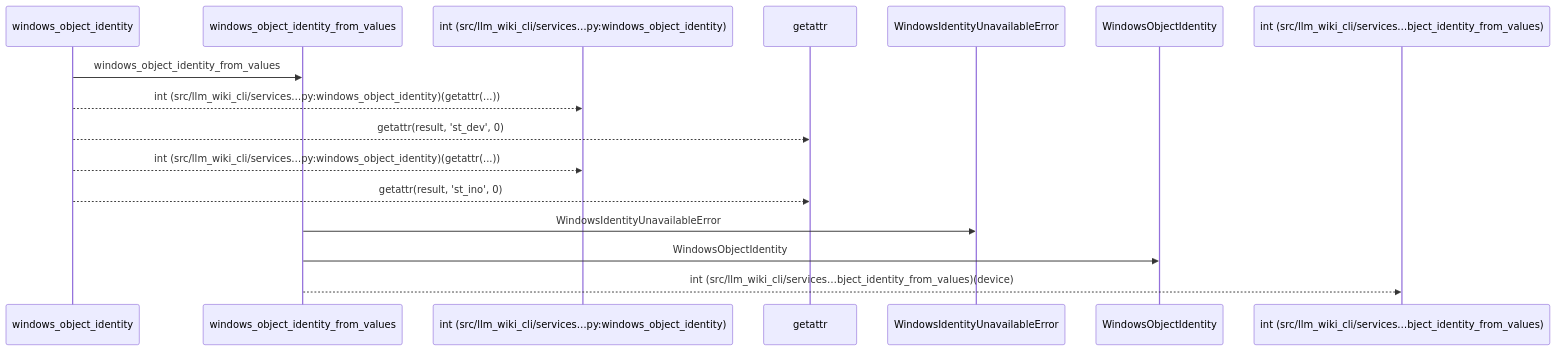
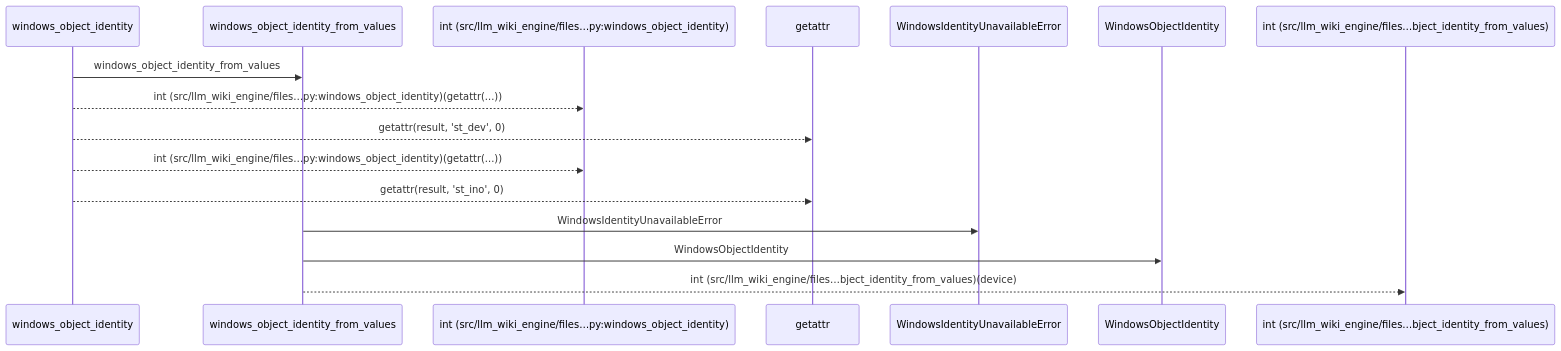
One commit to Denissvgn/python-wiki-llm changed the first of 2 diagrams in docs/llm_wiki/flows/api-windows_object_identity.md. Above: the diagram before and after it, drawn with Mermaid. The commit also changed other lines of this file and 739 other files, not shown here.

First line of the commit message:
docs: refresh the wiki for the second engine batch

````diff
--- a/docs/llm_wiki/flows/api-windows_object_identity.md
+++ b/docs/llm_wiki/flows/api-windows_object_identity.md
@@ -12,18 +12,18 @@
 ```mermaid
 sequenceDiagram
     participant p0 as windows_object_identity
     participant p1 as windows_object_identity_from_values
-    participant p2 as int (src/llm_wiki_cli/services…py:windows_object_identity)
+    participant p2 as int (src/llm_wiki_engine/files…py:windows_object_identity)
     participant p3 as getattr
     participant p4 as WindowsIdentityUnavailableError
     participant p5 as WindowsObjectIdentity
-    participant p6 as int (src/llm_wiki_cli/services…bject_identity_from_values)
+    participant p6 as int (src/llm_wiki_engine/files…bject_identity_from_values)
     p0->>p1: windows_object_identity_from_values
-    p0-->>p2: int (src/llm_wiki_cli/services…py:windows_object_identity)(getattr(...))
+    p0-->>p2: int (src/llm_wiki_engine/files…py:windows_object_identity)(getattr(...))
     p0-->>p3: getattr(result, 'st_dev', 0)
-    p0-->>p2: int (src/llm_wiki_cli/services…py:windows_object_identity)(getattr(...))
+    p0-->>p2: int (src/llm_wiki_engine/files…py:windows_object_identity)(getattr(...))
     p0-->>p3: getattr(result, 'st_ino', 0)
     p1->>p4: WindowsIdentityUnavailableError
     p1->>p5: WindowsObjectIdentity
-    p1-->>p6: int (src/llm_wiki_cli/services…bject_identity_from_values)(device)
+    p1-->>p6: int (src/llm_wiki_engine/files…bject_identity_from_values)(device)
 ```
````
